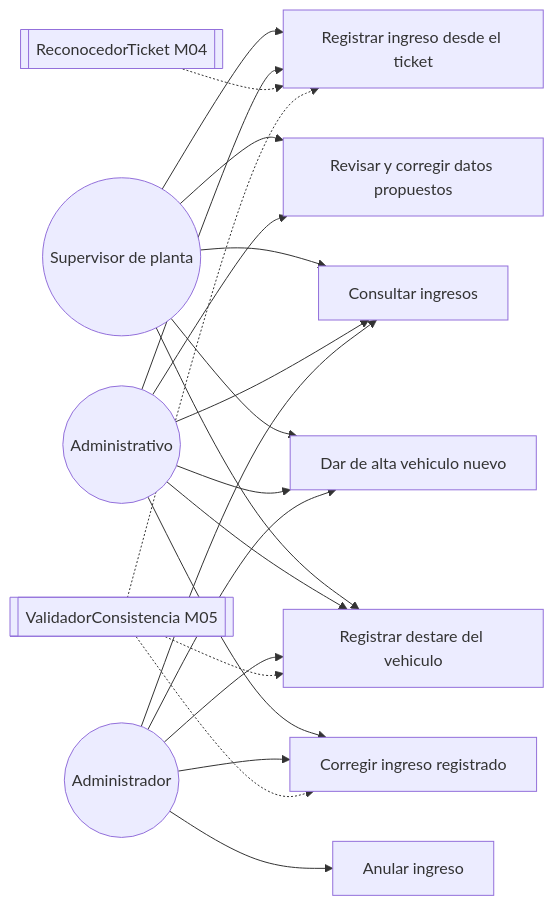
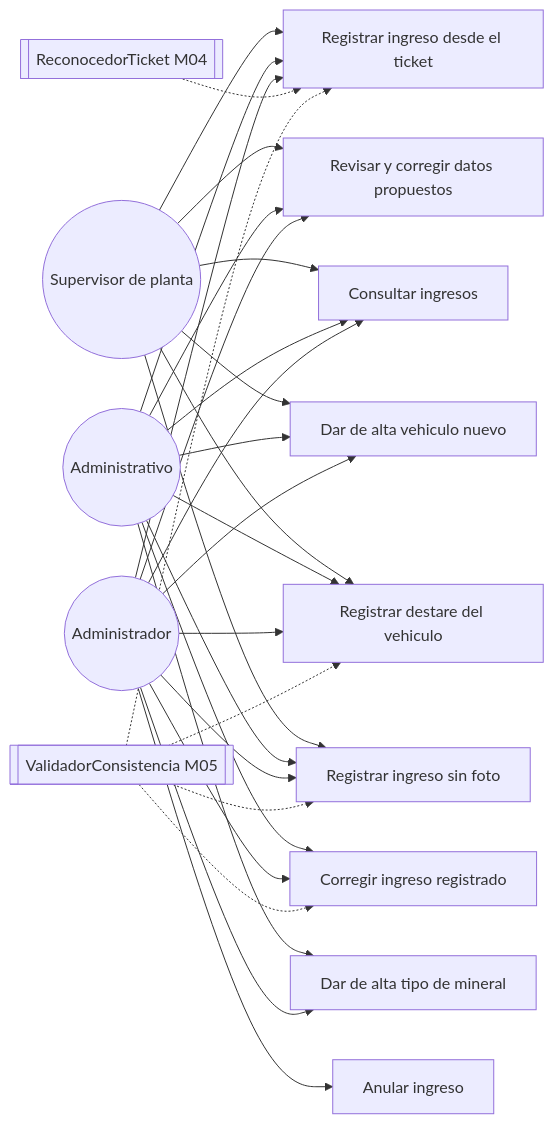
One commit to adlerOmonte1/LogisticaMinera changed the diagram in docs/modulos/M03-ingresos/diagramas/caso_uso.md. Above: the diagram before and after it, drawn with Mermaid. The commit also changed other lines of this file and 9 other files, not shown here.

````diff
--- a/docs/modulos/M03-ingresos/diagramas/caso_uso.md
+++ b/docs/modulos/M03-ingresos/diagramas/caso_uso.md
@@ -3,38 +3,48 @@
 ```mermaid
 flowchart LR
     SUP(("Supervisor de planta"))
     ADV(("Administrativo"))
     ADM(("Administrador"))
     REC[["ReconocedorTicket M04"]]
     VAL[["ValidadorConsistencia M05"]]
 
     UC1["Registrar ingreso desde el ticket"]
     UC2["Revisar y corregir datos propuestos"]
     UC3["Consultar ingresos"]
     UC4["Corregir ingreso registrado"]
     UC5["Anular ingreso"]
     UC6["Dar de alta vehiculo nuevo"]
     UC7["Registrar destare del vehiculo"]
+    UC8["Registrar ingreso sin foto"]
+    UC9["Dar de alta tipo de mineral"]
 
     SUP --> UC1
     SUP --> UC2
     SUP --> UC3
     SUP --> UC6
     SUP --> UC7
+    SUP --> UC8
     ADV --> UC1
     ADV --> UC2
     ADV --> UC3
     ADV --> UC4
     ADV --> UC6
     ADV --> UC7
+    ADV --> UC8
+    ADV --> UC9
+    ADM --> UC1
+    ADM --> UC2
     ADM --> UC3
     ADM --> UC4
     ADM --> UC5
     ADM --> UC6
     ADM --> UC7
+    ADM --> UC8
+    ADM --> UC9
 
     REC -.-> UC1
     VAL -.-> UC1
     VAL -.-> UC4
     VAL -.-> UC7
+    VAL -.-> UC8
 ```
````
